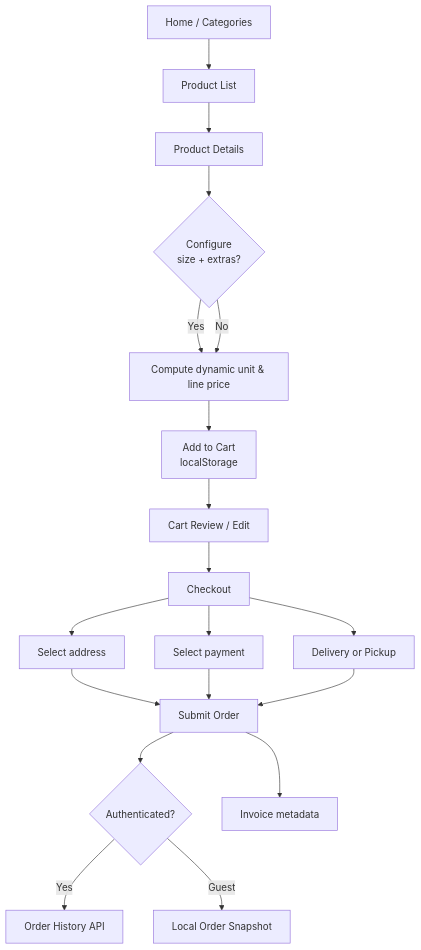
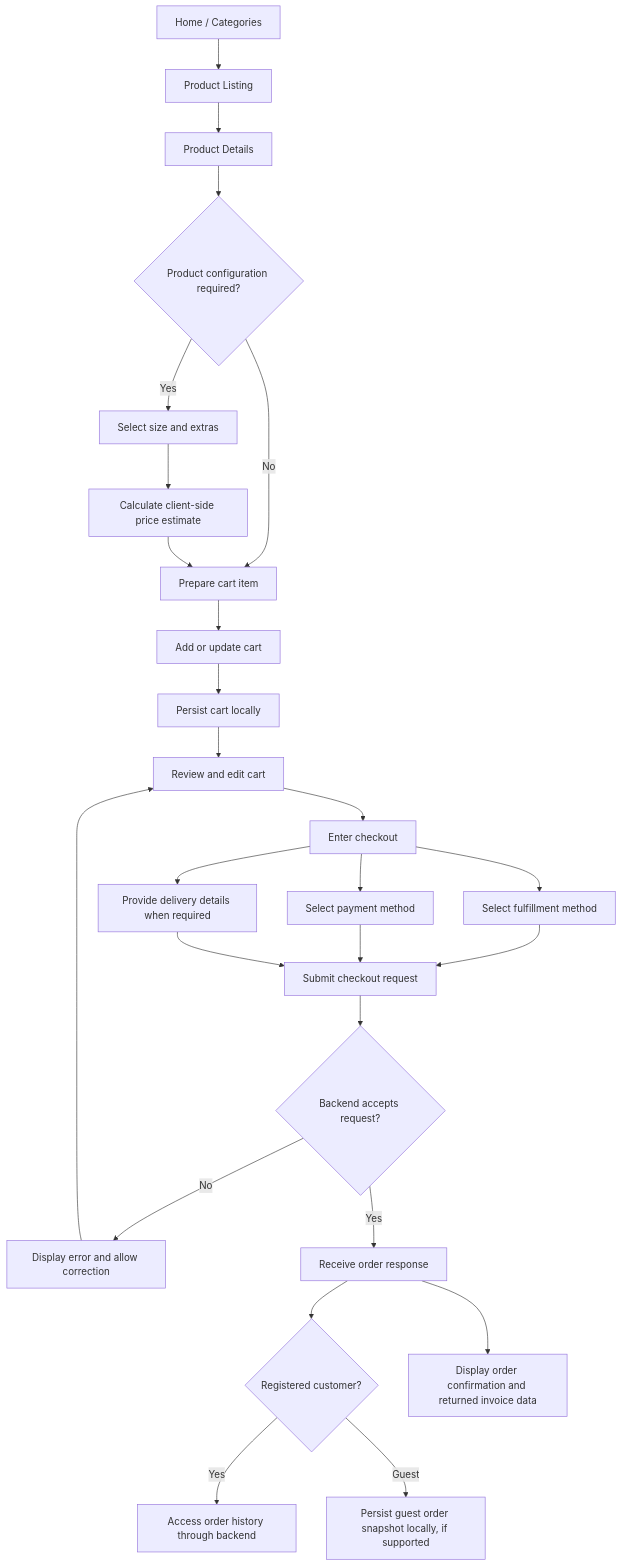
The sixth of 14 diagrams in DIAGRAMS.md (suliman-mousa/restaurant-ordering-platform), drawn with Mermaid before and after one commit. The commit also changed other lines of this file, not shown here.

````diff
--- a/DIAGRAMS.md
+++ b/DIAGRAMS.md
@@ -157,19 +206,36 @@
 ```mermaid
 flowchart TD
-  A[Home / Categories] --> B[Product List]
-  B --> C[Product Details]
-  C --> D{Configure<br/>size + extras?}
-  D -->|Yes| E[Compute dynamic unit & line price]
-  D -->|No| E
-  E --> F[Add to Cart<br/>localStorage]
-  F --> G[Cart Review / Edit]
-  G --> H[Checkout]
-  H --> I[Select address]
-  H --> J[Select payment]
-  H --> K[Delivery or Pickup]
-  I & J & K --> L[Submit Order]
-  L --> M{Authenticated?}
-  M -->|Yes| N[Order History API]
-  M -->|Guest| O[Local Order Snapshot]
-  L --> P[Invoice metadata]
+    A["Home / Categories"] --> B["Product Listing"]
+    B --> C["Product Details"]
+    C --> D{"Product configuration required?"}
+
+    D -->|"Yes"| E["Select size and extras"]
+    D -->|"No"| F["Prepare cart item"]
+    E --> G["Calculate client-side price estimate"]
+    G --> F
+
+    F --> H["Add or update cart"]
+    H --> I["Persist cart locally"]
+    I --> J["Review and edit cart"]
+    J --> K["Enter checkout"]
+
+    K --> L["Select fulfillment method"]
+    K --> M["Select payment method"]
+    K --> N["Provide delivery details when required"]
+
+    L --> O["Submit checkout request"]
+    M --> O
+    N --> O
+
+    O --> P{"Backend accepts request?"}
+    P -->|"No"| Q["Display error and allow correction"]
+    Q --> J
+
+    P -->|"Yes"| R["Receive order response"]
+    R --> S{"Registered customer?"}
+
+    S -->|"Yes"| T["Access order history through backend"]
+    S -->|"Guest"| U["Persist guest order snapshot locally, if supported"]
+
+    R --> V["Display order confirmation and returned invoice data"]
 ```
````
